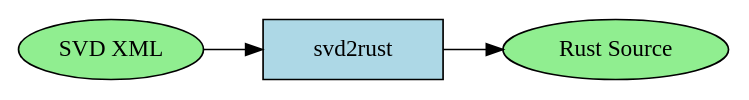
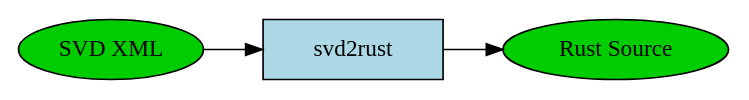
Before and after one commit to ferrous-systems/rust-training: the first of 2 diagrams in training-slides/src/pac-svd2rust.md, drawn with Graphviz. The commit also changed 7 other files, not shown here.

````diff
--- a/training-slides/src/pac-svd2rust.md
+++ b/training-slides/src/pac-svd2rust.md
@@ -177,14 +177,14 @@
 ```dot process
 
 digraph {
     rankdir=LR;
-    node [shape=ellipse, width=1.5, fillcolor=lightgreen, style=filled];
+    node [shape=ellipse, width=1.5, fillcolor=green3, style=filled];
     svd [label="SVD XML"];
     rust [label="Rust Source"];
     node [shape=record, width=1.5, fillcolor=lightblue, style=filled];
     svd2rust [label="svd2rust"];
 
     svd -> svd2rust;
     svd2rust -> rust;
 }
 ```
````
